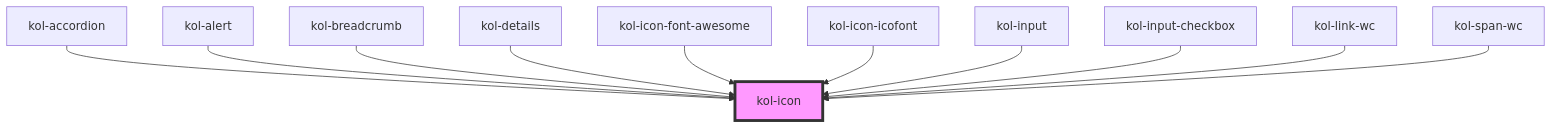
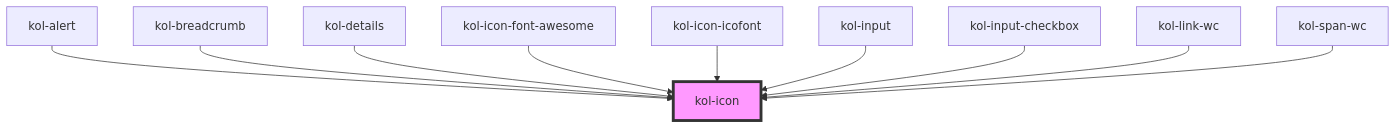
The diagram in packages/components/src/components/icon/readme.md (public-ui/kolibri), drawn with Mermaid before and after one commit. The commit also changed other lines of this file and 111 other files, not shown here.

````diff
--- a/packages/components/src/components/icon/readme.md
+++ b/packages/components/src/components/icon/readme.md
@@ -78,14 +77,13 @@
 ```mermaid
 graph TD;
-  kol-accordion --> kol-icon
   kol-alert --> kol-icon
   kol-breadcrumb --> kol-icon
   kol-details --> kol-icon
   kol-icon-font-awesome --> kol-icon
   kol-icon-icofont --> kol-icon
   kol-input --> kol-icon
   kol-input-checkbox --> kol-icon
   kol-link-wc --> kol-icon
   kol-span-wc --> kol-icon
   style kol-icon fill:#f9f,stroke:#333,stroke-width:4px
 ```
````
